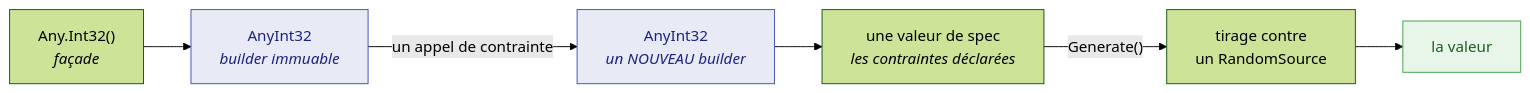
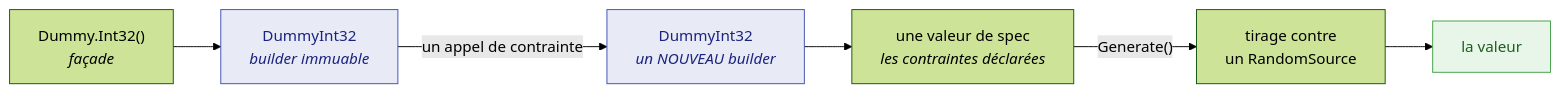
The first of 2 diagrams in doc/handwritten/for-maintainers/architecture.fr.md (Reefact/just-dummies), drawn with Mermaid (forest theme) before and after one commit. The commit also changed other lines of this file and 755 other files, not shown here.

````diff
--- a/doc/handwritten/for-maintainers/architecture.fr.md
+++ b/doc/handwritten/for-maintainers/architecture.fr.md
@@ -43,13 +43,13 @@
 ```mermaid
 flowchart LR
     accTitle: La forme unique qu'ont tous les générateurs
-    accDescr: La façade Any.Int32() renvoie un builder AnyInt32 immuable. Un appel de contrainte renvoie un NOUVEAU builder plutôt que de le muter. Ce builder porte une valeur de spec tenant les contraintes déclarées, et Generate() tire contre un RandomSource pour produire la valeur.
-    F["Any.Int32()<br/><i>façade</i>"] --> B["AnyInt32<br/><i>builder immuable</i>"]
-    B -->|"un appel de contrainte"| B2["AnyInt32<br/><i>un NOUVEAU builder</i>"]
+    accDescr: La façade Dummy.Int32() renvoie un builder DummyInt32 immuable. Un appel de contrainte renvoie un NOUVEAU builder plutôt que de le muter. Ce builder porte une valeur de spec tenant les contraintes déclarées, et Generate() tire contre un RandomSource pour produire la valeur.
+    F["Dummy.Int32()<br/><i>façade</i>"] --> B["DummyInt32<br/><i>builder immuable</i>"]
+    B -->|"un appel de contrainte"| B2["DummyInt32<br/><i>un NOUVEAU builder</i>"]
     B2 --> S["une valeur de spec<br/><i>les contraintes déclarées</i>"]
     S -->|"Generate()"| D["tirage contre<br/>un RandomSource"]
     D --> V["la valeur"]
     style B fill:#e8eaf6,stroke:#3f51b5,color:#1a237e
     style B2 fill:#e8eaf6,stroke:#3f51b5,color:#1a237e
     style V fill:#e8f5e9,stroke:#43a047,color:#1b5e20
 ```
````
